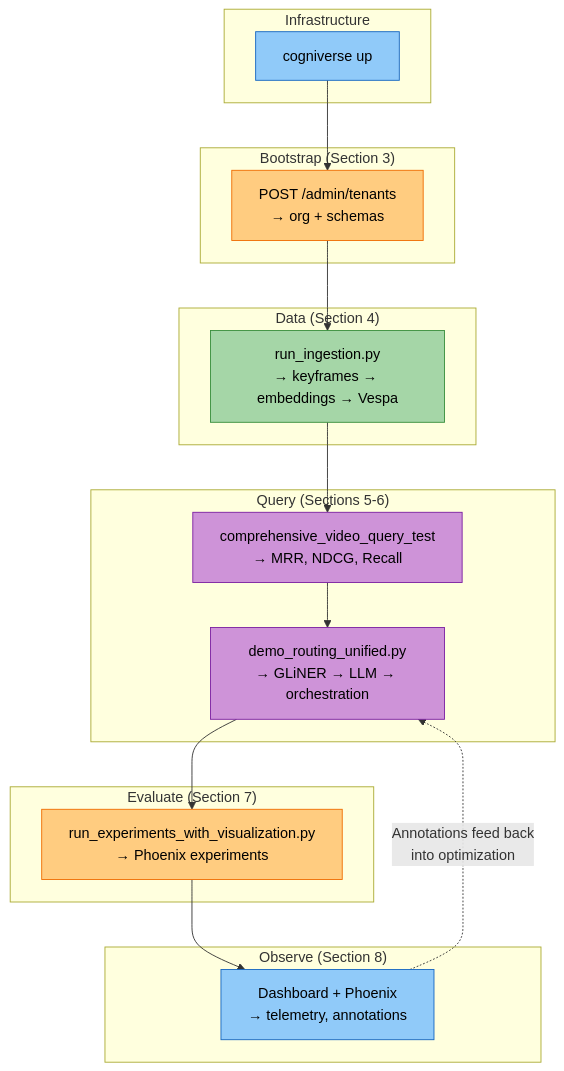
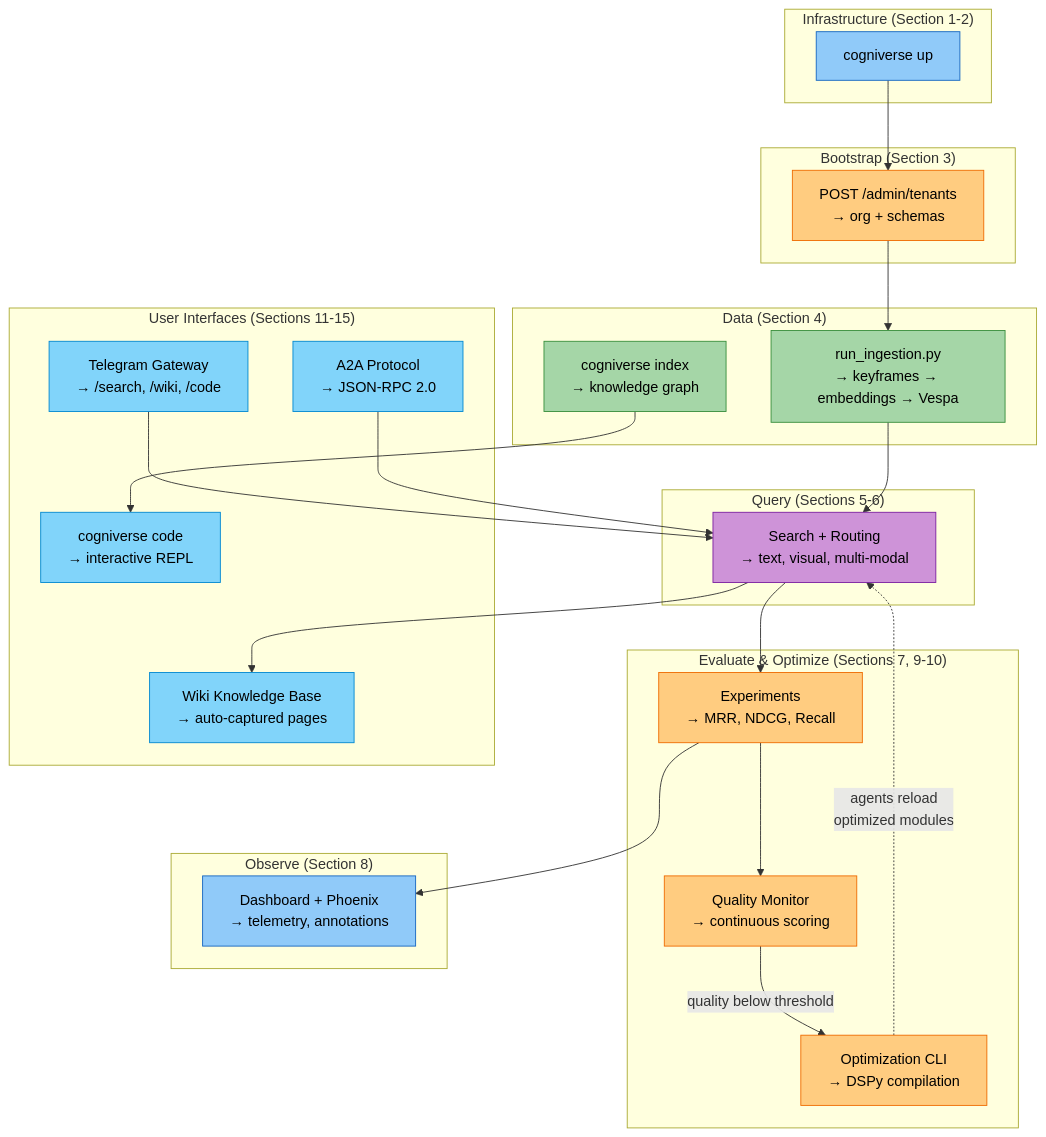
The sixth of 6 diagrams in docs/setup/live-demo-guide.md (amit-jain/cogniverse), drawn with Mermaid before and after one commit. The commit also changed other lines of this file and 14 other files, not shown here.

First line of the commit message:
Fix stale docs, expand live-demo-guide with all user workflows

````diff
--- a/docs/setup/live-demo-guide.md
+++ b/docs/setup/live-demo-guide.md
@@ -529,40 +960,64 @@
 ```mermaid
 flowchart TD
-    subgraph "Infrastructure"
+    subgraph "Infrastructure (Section 1-2)"
         DC["<span style='color:#000'>cogniverse up</span>"]
     end
 
     subgraph "Bootstrap (Section 3)"
         TENANT["<span style='color:#000'>POST /admin/tenants<br/>→ org + schemas</span>"]
     end
 
     subgraph "Data (Section 4)"
         INGEST["<span style='color:#000'>run_ingestion.py<br/>→ keyframes → embeddings → Vespa</span>"]
+        KG["<span style='color:#000'>cogniverse index<br/>→ knowledge graph</span>"]
     end
 
     subgraph "Query (Sections 5-6)"
-        SEARCH["<span style='color:#000'>comprehensive_video_query_test<br/>→ MRR, NDCG, Recall</span>"]
-        ROUTE["<span style='color:#000'>demo_routing_unified.py<br/>→ GLiNER → LLM → orchestration</span>"]
+        SEARCH["<span style='color:#000'>Search + Routing<br/>→ text, visual, multi-modal</span>"]
     end
 
-    subgraph "Evaluate (Section 7)"
-        EXP["<span style='color:#000'>run_experiments_with_visualization.py<br/>→ Phoenix experiments</span>"]
+    subgraph "Evaluate & Optimize (Sections 7, 9-10)"
+        EXP["<span style='color:#000'>Experiments<br/>→ MRR, NDCG, Recall</span>"]
+        QM["<span style='color:#000'>Quality Monitor<br/>→ continuous scoring</span>"]
+        OPT["<span style='color:#000'>Optimization CLI<br/>→ DSPy compilation</span>"]
     end
 
     subgraph "Observe (Section 8)"
         DASH["<span style='color:#000'>Dashboard + Phoenix<br/>→ telemetry, annotations</span>"]
     end
 
+    subgraph "User Interfaces (Sections 11-15)"
+        TG["<span style='color:#000'>Telegram Gateway<br/>→ /search, /wiki, /code</span>"]
+        WIKI["<span style='color:#000'>Wiki Knowledge Base<br/>→ auto-captured pages</span>"]
+        CODE["<span style='color:#000'>cogniverse code<br/>→ interactive REPL</span>"]
+        A2A["<span style='color:#000'>A2A Protocol<br/>→ JSON-RPC 2.0</span>"]
+    end
+
     DC --> TENANT --> INGEST
-    INGEST --> SEARCH --> ROUTE
-    ROUTE --> EXP --> DASH
-    DASH -.->|"Annotations feed back<br/>into optimization"| ROUTE
+    INGEST --> SEARCH
+    KG --> CODE
+
+    SEARCH --> EXP
+    SEARCH --> WIKI
+    EXP --> QM
+    QM -->|"quality below threshold"| OPT
+    OPT -.->|"agents reload<br/>optimized modules"| SEARCH
+    EXP --> DASH
+
+    TG --> SEARCH
+    A2A --> SEARCH
 
     style DC fill:#90caf9,stroke:#1565c0,color:#000
     style TENANT fill:#ffcc80,stroke:#ef6c00,color:#000
     style INGEST fill:#a5d6a7,stroke:#388e3c,color:#000
+    style KG fill:#a5d6a7,stroke:#388e3c,color:#000
     style SEARCH fill:#ce93d8,stroke:#7b1fa2,color:#000
-    style ROUTE fill:#ce93d8,stroke:#7b1fa2,color:#000
     style EXP fill:#ffcc80,stroke:#ef6c00,color:#000
+    style QM fill:#ffcc80,stroke:#ef6c00,color:#000
+    style OPT fill:#ffcc80,stroke:#ef6c00,color:#000
     style DASH fill:#90caf9,stroke:#1565c0,color:#000
+    style TG fill:#81d4fa,stroke:#0288d1,color:#000
+    style WIKI fill:#81d4fa,stroke:#0288d1,color:#000
+    style CODE fill:#81d4fa,stroke:#0288d1,color:#000
+    style A2A fill:#81d4fa,stroke:#0288d1,color:#000
 ```
````
